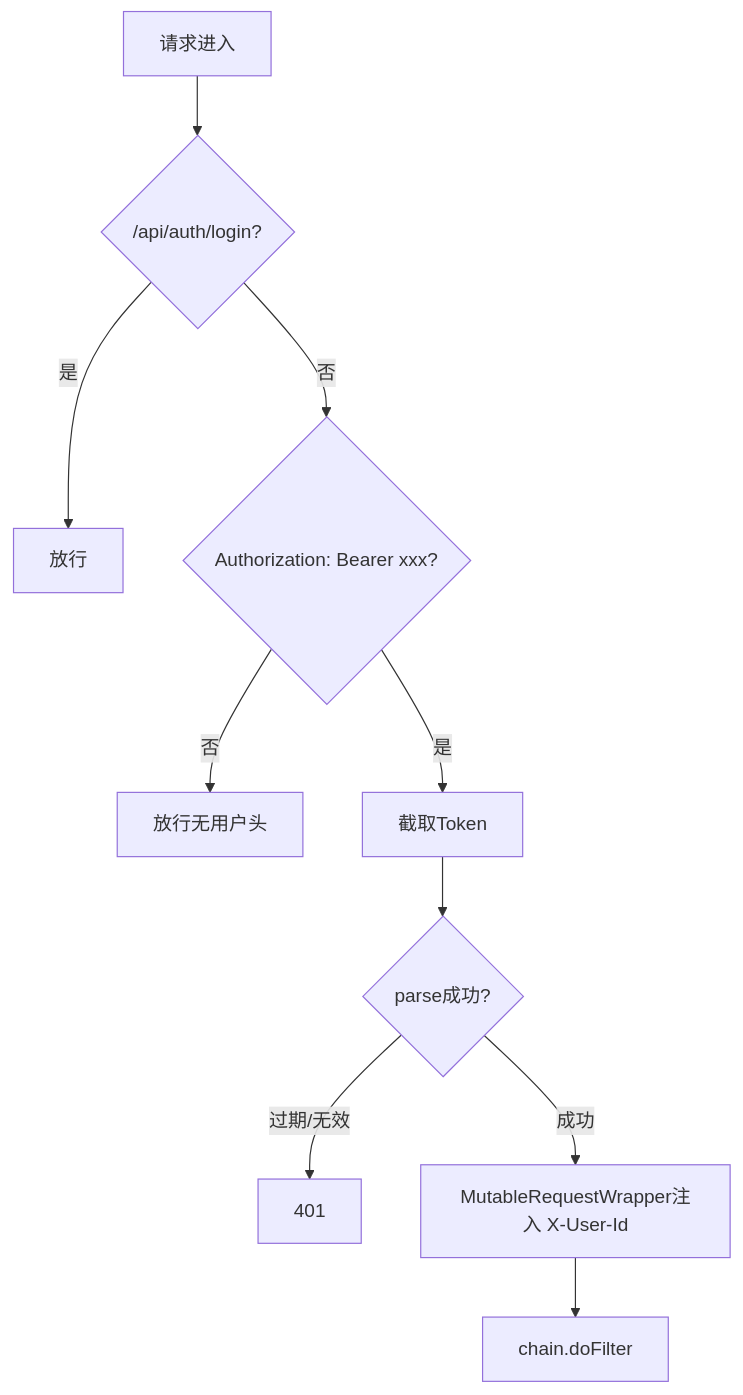
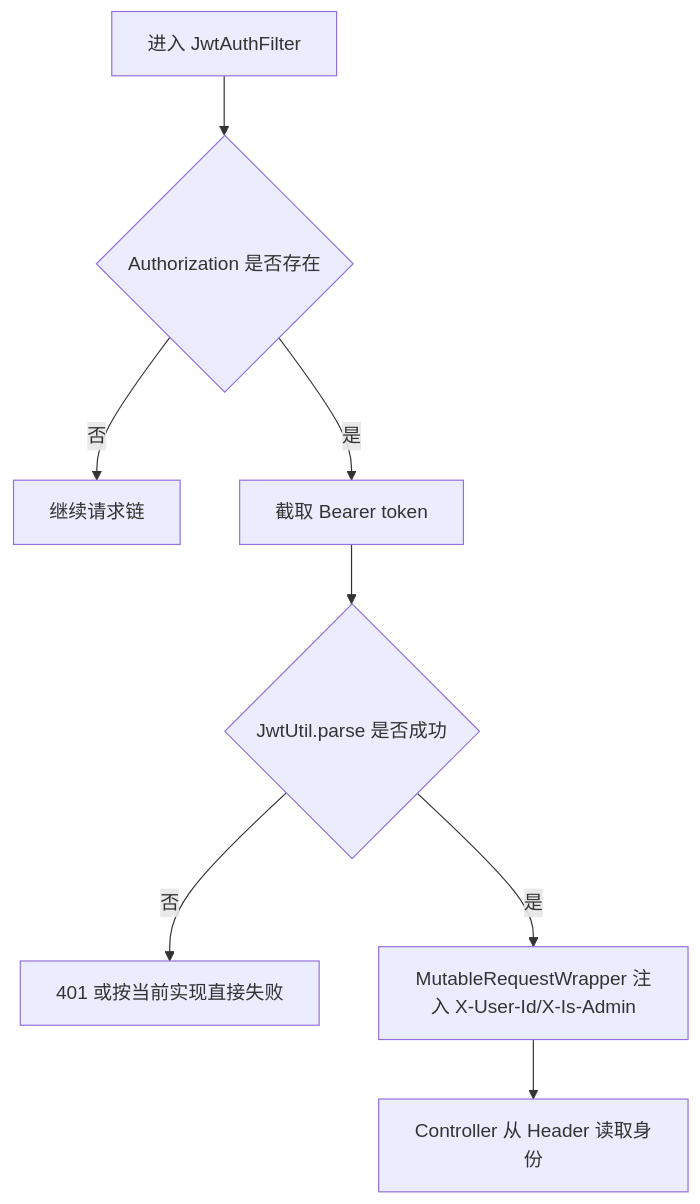
Before and after one commit to ZjlShenshiqing/EnterpriseKnowledgeWorkspace: the third of 12 diagrams in docs/collaboration-service-code-analysis.md, drawn with Mermaid. The commit also changed other lines of this file and 26 other files, not shown here.

````diff
--- a/docs/collaboration-service-code-analysis.md
+++ b/docs/collaboration-service-code-analysis.md
@@ -217,12 +182,10 @@
 ```mermaid
 flowchart TD
-    A[请求进入] --> B{/api/auth/login?}
-    B -->|是| C[放行]
-    B -->|否| D{Authorization: Bearer xxx?}
-    D -->|否| E[放行无用户头]
-    D -->|是| F[截取Token]
-    F --> G{parse成功?}
-    G -->|过期/无效| H[401]
-    G -->|成功| I[MutableRequestWrapper注入 X-User-Id]
-    I --> J[chain.doFilter]
+    A["进入 JwtAuthFilter"] --> B{"Authorization 是否存在"}
+    B -->|否| C["继续请求链"]
+    B -->|是| D["截取 Bearer token"]
+    D --> E{"JwtUtil.parse 是否成功"}
+    E -->|否| F["401 或按当前实现直接失败"]
+    E -->|是| G["MutableRequestWrapper 注入 X-User-Id/X-Is-Admin"]
+    G --> H["Controller 从 Header 读取身份"]
 ```
````
